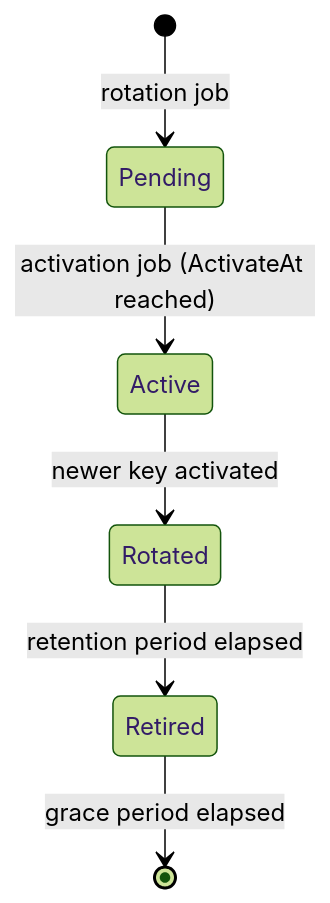
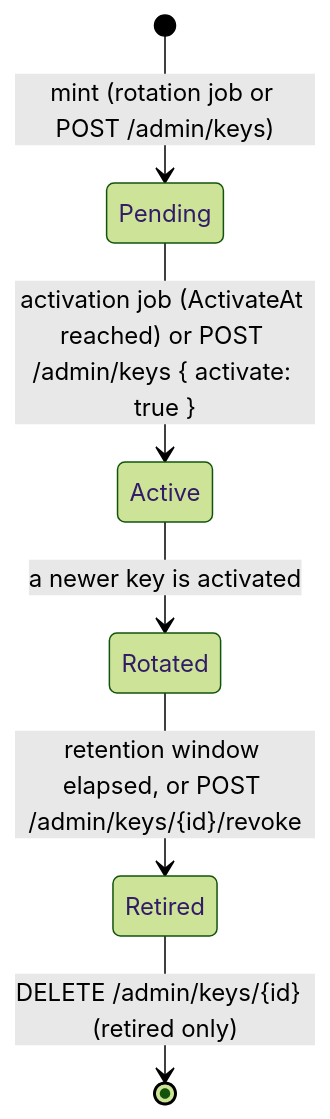
Before and after one commit to Ayman-Elfaki/Huia: the diagram in docs/architecture/key-management.md, drawn with Mermaid (forest theme). The commit also changed other lines of this file and 19 other files, not shown here.

````diff
--- a/docs/architecture/key-management.md
+++ b/docs/architecture/key-management.md
@@ -6,8 +10,8 @@
 ```mermaid
 stateDiagram-v2
-  [*] --> Pending: rotation job
-  Pending --> Active: activation job (ActivateAt reached)
-  Active --> Rotated: newer key activated
-  Rotated --> Retired: retention period elapsed
-  Retired --> [*]: grace period elapsed
+  [*] --> Pending: mint (rotation job or POST /admin/keys)
+  Pending --> Active: activation job (ActivateAt reached) or POST /admin/keys { activate: true }
+  Active --> Rotated: a newer key is activated
+  Rotated --> Retired: retention window elapsed, or POST /admin/keys/{id}/revoke
+  Retired --> [*]: DELETE /admin/keys/{id}  (retired only)
 ```
````
